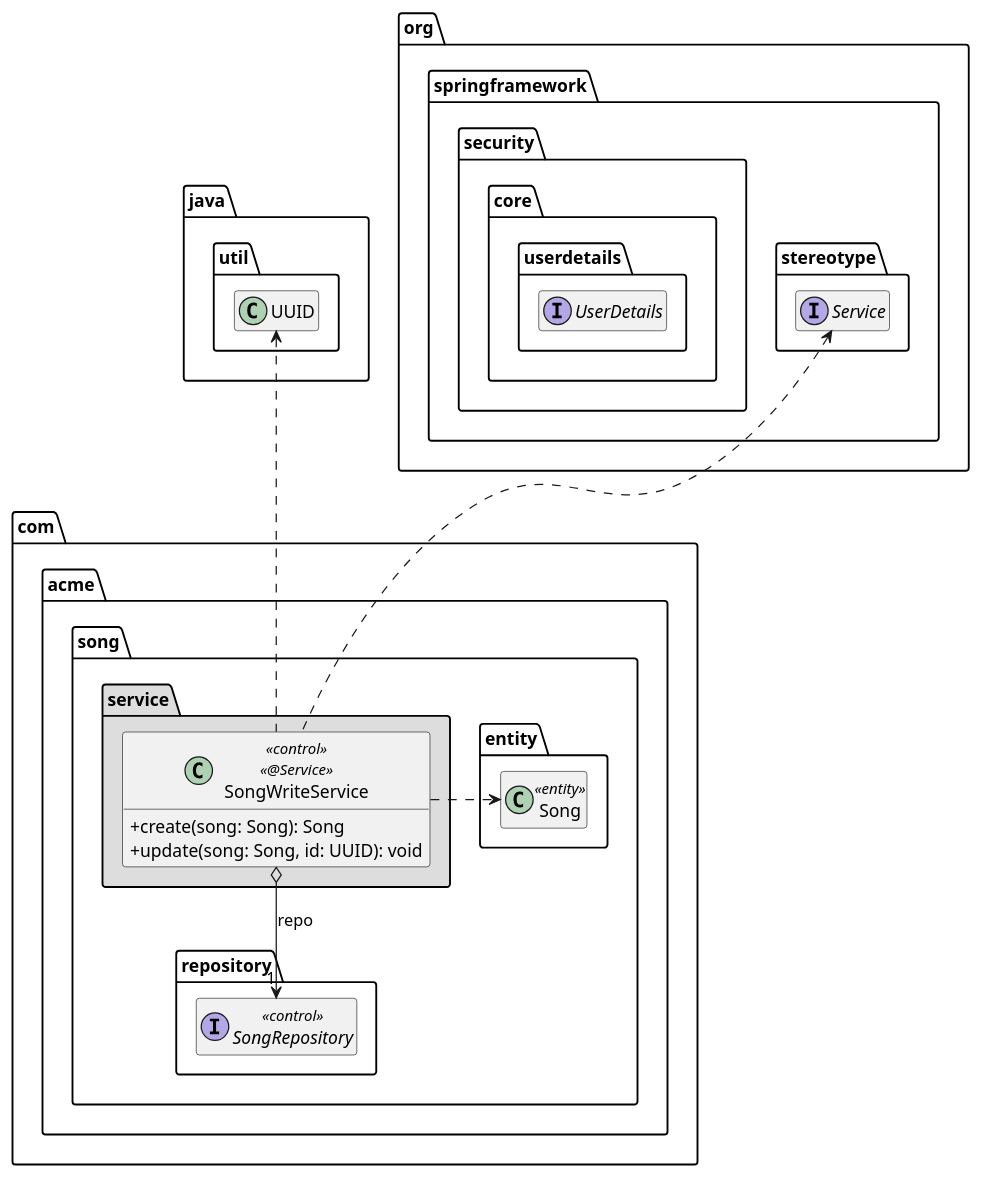
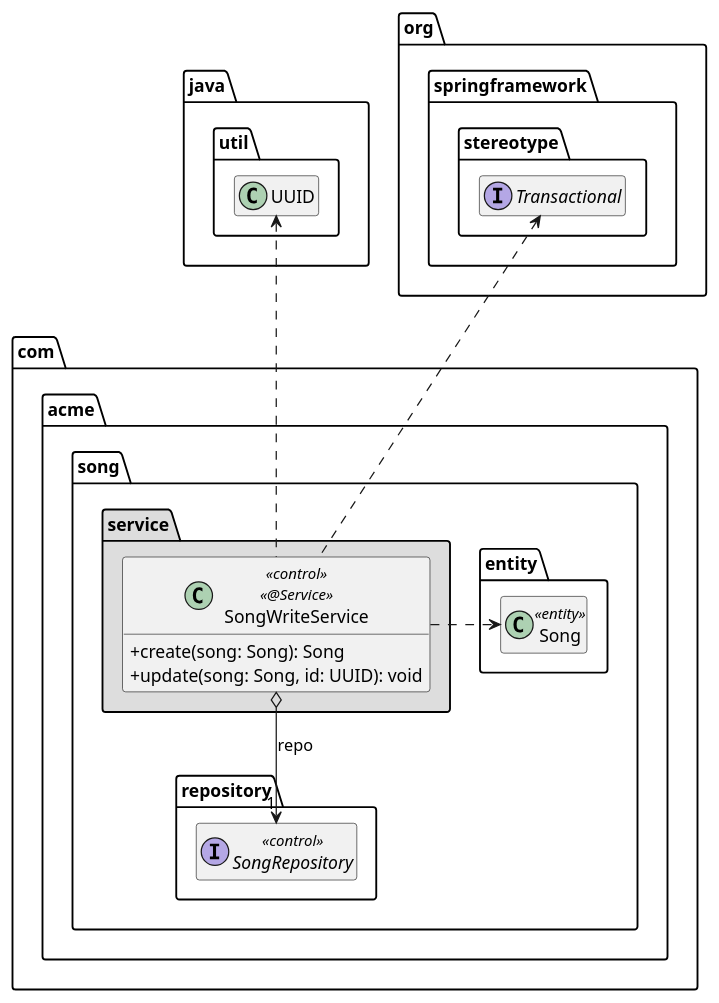
One commit to AntoninFa/Practise changed the diagram in SWA/song-v1/song/extras/doc/SongWriteService.plantuml. Above: the diagram before and after it, drawn with PlantUML. The commit also changed 329 other files, not shown here.

```diff
--- a/SWA/song-v1/song/extras/doc/SongWriteService.plantuml
+++ b/SWA/song-v1/song/extras/doc/SongWriteService.plantuml
@@ -1,40 +1,36 @@
 @startuml SongWriteService
 skinparam classAttributeIconSize 0
 package java.util {
     class UUID
 }
 
 package org.springframework {
     package stereotype {
-        interface Service
+        interface Transactional
     }
-    package security.core.userdetails {
-        interface UserDetails
-    }
-    UUID .right[hidden].> UserDetails
 }
 
 package com.acme.song {
 
     package entity {
         class Song << entity >>
         Song .up[hidden].> UUID
     }
 
     package repository {
         interface SongRepository << control >>
     }
 
     package service #DDDDDD {
         class SongWriteService << control >> << @Service >> {
             + create(song: Song): Song
             + update(song: Song, id: UUID): void
         }
         SongWriteService o--> "1" SongRepository : repo
         SongWriteService .right.> Song
         SongWriteService .up.> UUID
-        SongWriteService .up.> Service
+        SongWriteService .up.> Transactional
     }
 }
 hide empty members
 @enduml
```
